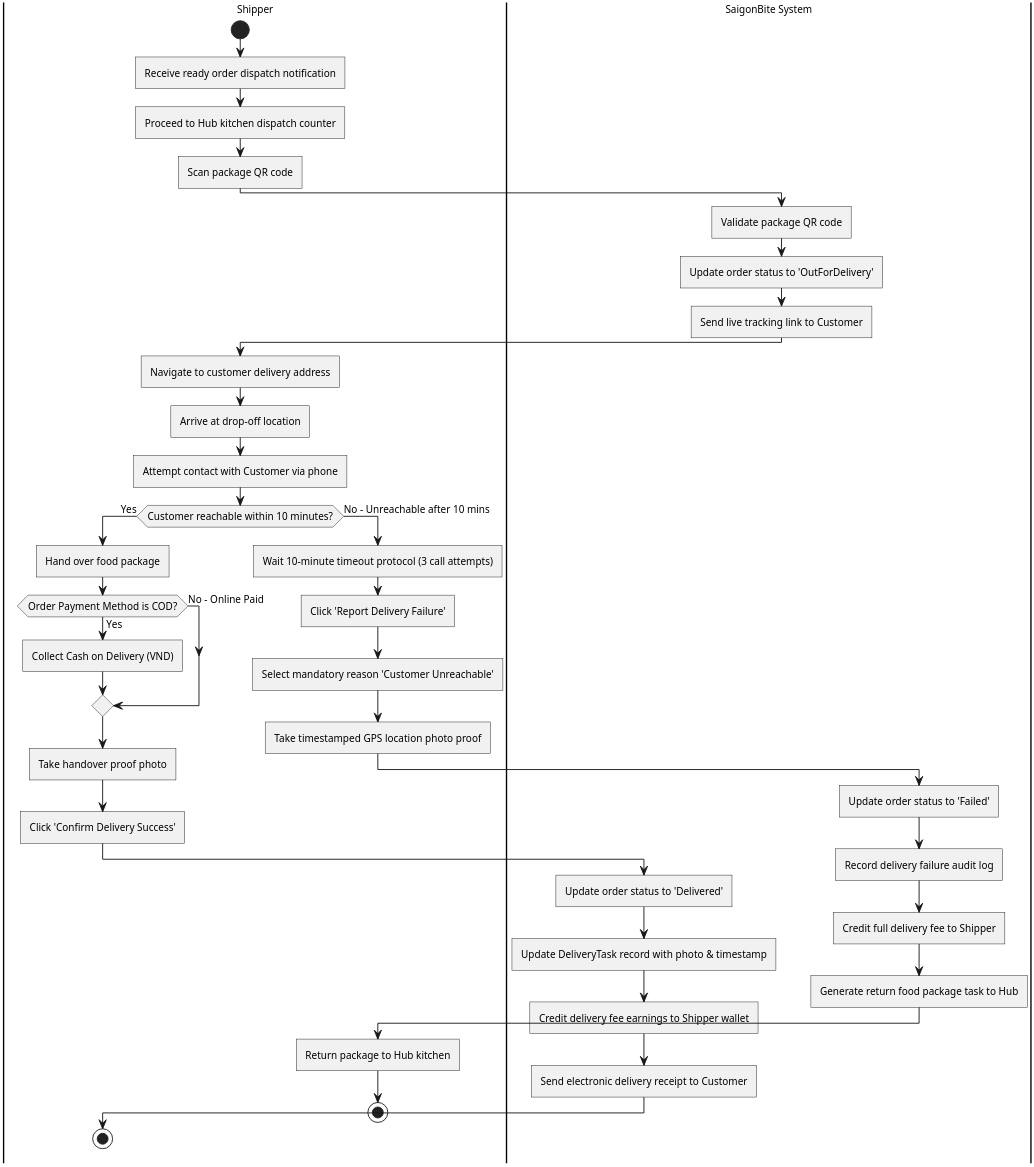
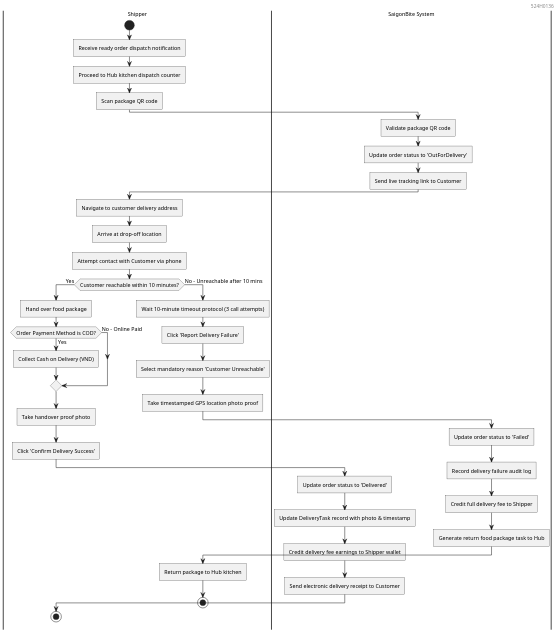
The diagram in Part_2/image_Tuu/UC10_Activity_Diagram.puml (DoQuocTrung06/SaigonBite-RAD-TeamF10), drawn with PlantUML before and after one commit. The commit also changed 13 other files, not shown here.

Commit message:
style(diagrams): standardize UC10/UC16 UML diagrams with author header 524H0136 and clean compact layout (524H0136)

```diff
--- a/Part_2/image_Tuu/UC10_Activity_Diagram.puml
+++ b/Part_2/image_Tuu/UC10_Activity_Diagram.puml
@@ -1,58 +1,59 @@
 @startuml
 skinparam monochrome true
 skinparam shadowing false
 skinparam backgroundColor #FFFFFF
 skinparam defaultFontName Arial
 skinparam defaultFontSize 11
 skinparam roundCorner 0
-skinparam dpi 300
+skinparam dpi 160
+right header 524H0136
 
 |Shipper|
 start
 :Receive ready order dispatch notification;
 :Proceed to Hub kitchen dispatch counter;
 :Scan package QR code;
 
 |SaigonBite System|
 :Validate package QR code;
 :Update order status to 'OutForDelivery';
 :Send live tracking link to Customer;
 
 |Shipper|
 :Navigate to customer delivery address;
 :Arrive at drop-off location;
 :Attempt contact with Customer via phone;
 
 if (Customer reachable within 10 minutes?) then (Yes)
   :Hand over food package;
   if (Order Payment Method is COD?) then (Yes)
     :Collect Cash on Delivery (VND);
   else (No - Online Paid)
   endif
   :Take handover proof photo;
   :Click 'Confirm Delivery Success';
   
   |SaigonBite System|
   :Update order status to 'Delivered';
   :Update DeliveryTask record with photo & timestamp;
   :Credit delivery fee earnings to Shipper wallet;
   :Send electronic delivery receipt to Customer;
   |Shipper|
   stop
 else (No - Unreachable after 10 mins)
   :Wait 10-minute timeout protocol (3 call attempts);
   :Click 'Report Delivery Failure';
   :Select mandatory reason 'Customer Unreachable';
   :Take timestamped GPS location photo proof;
   
   |SaigonBite System|
   :Update order status to 'Failed';
   :Record delivery failure audit log;
   :Credit full delivery fee to Shipper;
   :Generate return food package task to Hub;
   |Shipper|
   :Return package to Hub kitchen;
   stop
 endif
 
 @enduml
```
